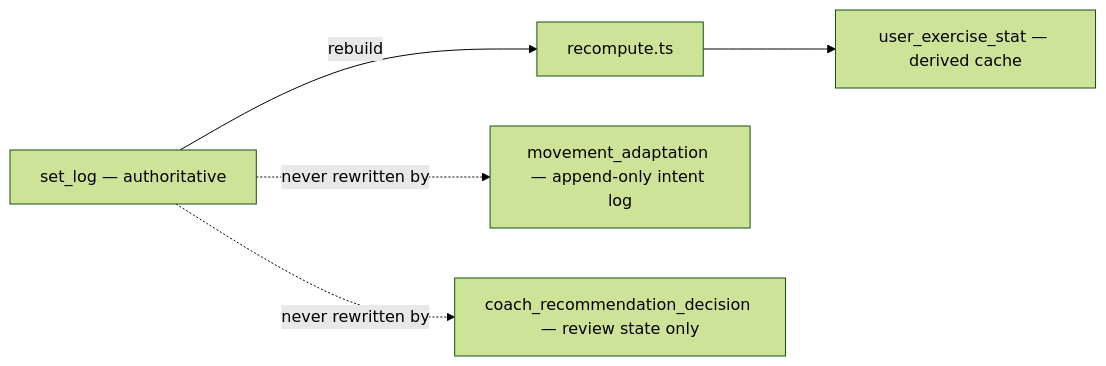
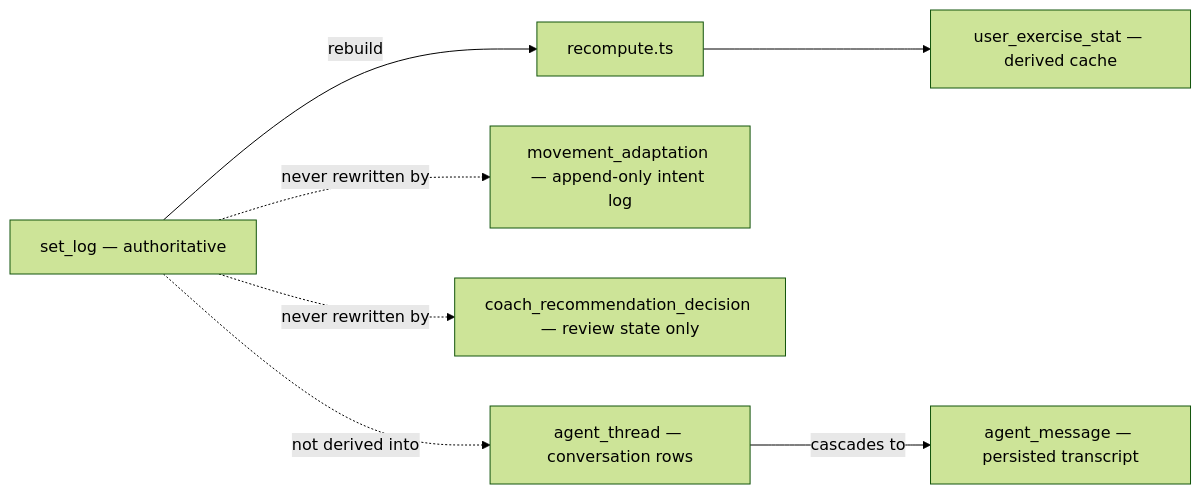
The second of 2 diagrams in openwiki/architecture/data-model.md (jms-dcksn/lifting-app), drawn with Mermaid (forest theme) before and after one commit. The commit also changed other lines of this file and 40 other files, not shown here.

````diff
--- a/openwiki/architecture/data-model.md
+++ b/openwiki/architecture/data-model.md
@@ -224,12 +356,16 @@
 ```mermaid
 flowchart LR
   SL[set_log — authoritative]
   UES[user_exercise_stat — derived cache]
   REC[recompute.ts]
   MA[movement_adaptation — append-only intent log]
   CRD[coach_recommendation_decision — review state only]
+  AT[agent_thread — conversation rows]
+  AM[agent_message — persisted transcript]
 
   SL -->|rebuild| REC --> UES
   SL -.->|never rewritten by| MA
   SL -.->|never rewritten by| CRD
+  SL -.->|not derived into| AT
+  AT -->|cascades to| AM
 ```
````
